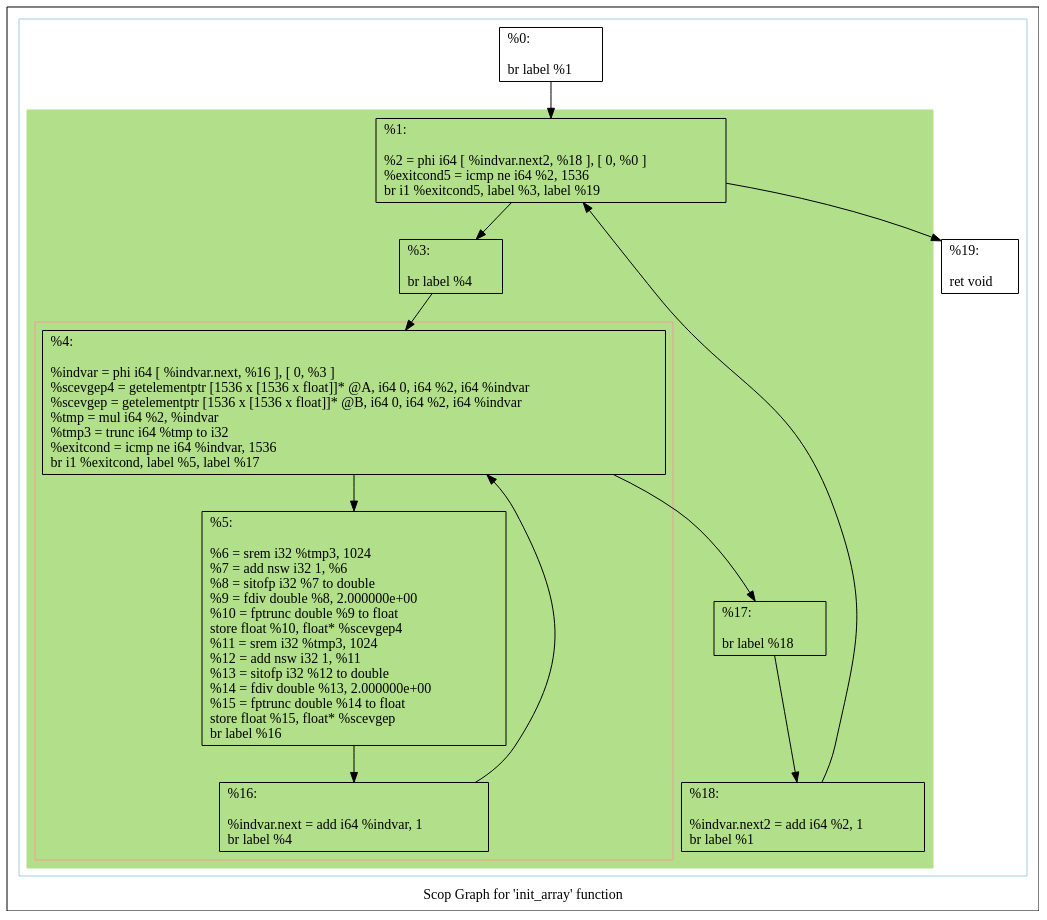
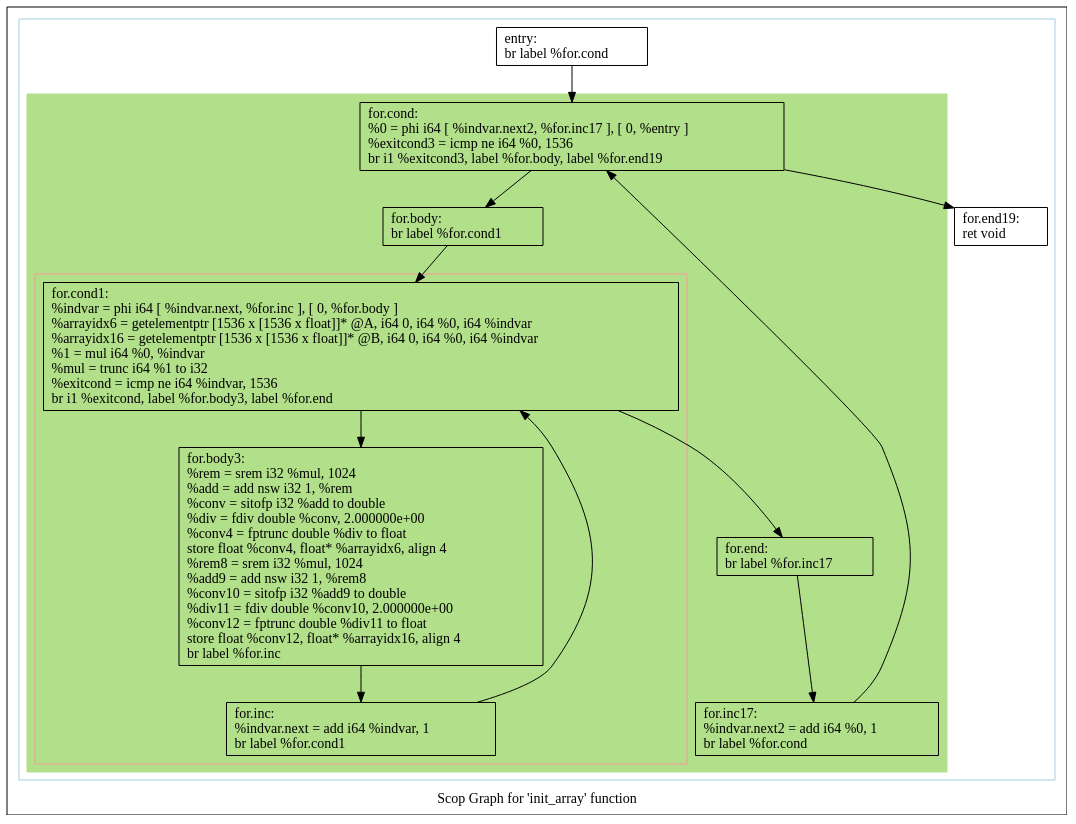
Before and after one commit to intel/quantum-intrinsics: the diagram in polly/www/experiments/matmul/scops.init_array.dot, drawn with Graphviz. The commit also changed 36 other files, not shown here.

```diff
--- a/polly/www/experiments/matmul/scops.init_array.dot
+++ b/polly/www/experiments/matmul/scops.init_array.dot
@@ -1,47 +1,47 @@
 digraph "Scop Graph for 'init_array' function" {
 	label="Scop Graph for 'init_array' function";
 
-	Node0x26ade30 [shape=record,label="{%0:\l\l  br label %1\l}"];
-	Node0x26ade30 -> Node0x26acdd0;
-	Node0x26acdd0 [shape=record,label="{%1:\l\l  %2 = phi i64 [ %indvar.next2, %18 ], [ 0, %0 ]\l  %exitcond5 = icmp ne i64 %2, 1536\l  br i1 %exitcond5, label %3, label %19\l}"];
-	Node0x26acdd0 -> Node0x26acdf0;
-	Node0x26acdd0 -> Node0x26adce0;
-	Node0x26acdf0 [shape=record,label="{%3:\l\l  br label %4\l}"];
-	Node0x26acdf0 -> Node0x26addc0;
-	Node0x26addc0 [shape=record,label="{%4:\l\l  %indvar = phi i64 [ %indvar.next, %16 ], [ 0, %3 ]\l  %scevgep4 = getelementptr [1536 x [1536 x float]]* @A, i64 0, i64 %2, i64 %indvar\l  %scevgep = getelementptr [1536 x [1536 x float]]* @B, i64 0, i64 %2, i64 %indvar\l  %tmp = mul i64 %2, %indvar\l  %tmp3 = trunc i64 %tmp to i32\l  %exitcond = icmp ne i64 %indvar, 1536\l  br i1 %exitcond, label %5, label %17\l}"];
-	Node0x26addc0 -> Node0x26ace70;
-	Node0x26addc0 -> Node0x26ad010;
-	Node0x26ace70 [shape=record,label="{%5:\l\l  %6 = srem i32 %tmp3, 1024\l  %7 = add nsw i32 1, %6\l  %8 = sitofp i32 %7 to double\l  %9 = fdiv double %8, 2.000000e+00\l  %10 = fptrunc double %9 to float\l  store float %10, float* %scevgep4\l  %11 = srem i32 %tmp3, 1024\l  %12 = add nsw i32 1, %11\l  %13 = sitofp i32 %12 to double\l  %14 = fdiv double %13, 2.000000e+00\l  %15 = fptrunc double %14 to float\l  store float %15, float* %scevgep\l  br label %16\l}"];
-	Node0x26ace70 -> Node0x26ace90;
-	Node0x26ace90 [shape=record,label="{%16:\l\l  %indvar.next = add i64 %indvar, 1\l  br label %4\l}"];
-	Node0x26ace90 -> Node0x26addc0[constraint=false];
-	Node0x26ad010 [shape=record,label="{%17:\l\l  br label %18\l}"];
-	Node0x26ad010 -> Node0x26ad6c0;
-	Node0x26ad6c0 [shape=record,label="{%18:\l\l  %indvar.next2 = add i64 %2, 1\l  br label %1\l}"];
-	Node0x26ad6c0 -> Node0x26acdd0[constraint=false];
-	Node0x26adce0 [shape=record,label="{%19:\l\l  ret void\l}"];
+	Node0x17d4370 [shape=record,label="{entry:\l  br label %for.cond\l}"];
+	Node0x17d4370 -> Node0x17da5d0;
+	Node0x17da5d0 [shape=record,label="{for.cond:                                         \l  %0 = phi i64 [ %indvar.next2, %for.inc17 ], [ 0, %entry ]\l  %exitcond3 = icmp ne i64 %0, 1536\l  br i1 %exitcond3, label %for.body, label %for.end19\l}"];
+	Node0x17da5d0 -> Node0x17da5f0;
+	Node0x17da5d0 -> Node0x17da650;
+	Node0x17da5f0 [shape=record,label="{for.body:                                         \l  br label %for.cond1\l}"];
+	Node0x17da5f0 -> Node0x17da900;
+	Node0x17da900 [shape=record,label="{for.cond1:                                        \l  %indvar = phi i64 [ %indvar.next, %for.inc ], [ 0, %for.body ]\l  %arrayidx6 = getelementptr [1536 x [1536 x float]]* @A, i64 0, i64 %0, i64 %indvar\l  %arrayidx16 = getelementptr [1536 x [1536 x float]]* @B, i64 0, i64 %0, i64 %indvar\l  %1 = mul i64 %0, %indvar\l  %mul = trunc i64 %1 to i32\l  %exitcond = icmp ne i64 %indvar, 1536\l  br i1 %exitcond, label %for.body3, label %for.end\l}"];
+	Node0x17da900 -> Node0x17da670;
+	Node0x17da900 -> Node0x17da9a0;
+	Node0x17da670 [shape=record,label="{for.body3:                                        \l  %rem = srem i32 %mul, 1024\l  %add = add nsw i32 1, %rem\l  %conv = sitofp i32 %add to double\l  %div = fdiv double %conv, 2.000000e+00\l  %conv4 = fptrunc double %div to float\l  store float %conv4, float* %arrayidx6, align 4\l  %rem8 = srem i32 %mul, 1024\l  %add9 = add nsw i32 1, %rem8\l  %conv10 = sitofp i32 %add9 to double\l  %div11 = fdiv double %conv10, 2.000000e+00\l  %conv12 = fptrunc double %div11 to float\l  store float %conv12, float* %arrayidx16, align 4\l  br label %for.inc\l}"];
+	Node0x17da670 -> Node0x17da8e0;
+	Node0x17da8e0 [shape=record,label="{for.inc:                                          \l  %indvar.next = add i64 %indvar, 1\l  br label %for.cond1\l}"];
+	Node0x17da8e0 -> Node0x17da900[constraint=false];
+	Node0x17da9a0 [shape=record,label="{for.end:                                          \l  br label %for.inc17\l}"];
+	Node0x17da9a0 -> Node0x17d9e70;
+	Node0x17d9e70 [shape=record,label="{for.inc17:                                        \l  %indvar.next2 = add i64 %0, 1\l  br label %for.cond\l}"];
+	Node0x17d9e70 -> Node0x17da5d0[constraint=false];
+	Node0x17da650 [shape=record,label="{for.end19:                                        \l  ret void\l}"];
 	colorscheme = "paired12"
-        subgraph cluster_0x26a94c0 {
+        subgraph cluster_0x17d3a30 {
           label = "";
           style = solid;
           color = 1
-          subgraph cluster_0x26aa4e0 {
+          subgraph cluster_0x17d4ec0 {
             label = "";
             style = filled;
-            color = 3            subgraph cluster_0x26a9780 {
+            color = 3            subgraph cluster_0x17d4180 {
               label = "";
               style = solid;
               color = 5
-              Node0x26addc0;
-              Node0x26ace70;
-              Node0x26ace90;
+              Node0x17da900;
+              Node0x17da670;
+              Node0x17da8e0;
             }
-            Node0x26acdd0;
-            Node0x26acdf0;
-            Node0x26ad010;
-            Node0x26ad6c0;
+            Node0x17da5d0;
+            Node0x17da5f0;
+            Node0x17da9a0;
+            Node0x17d9e70;
           }
-          Node0x26ade30;
-          Node0x26adce0;
+          Node0x17d4370;
+          Node0x17da650;
         }
 }
```
